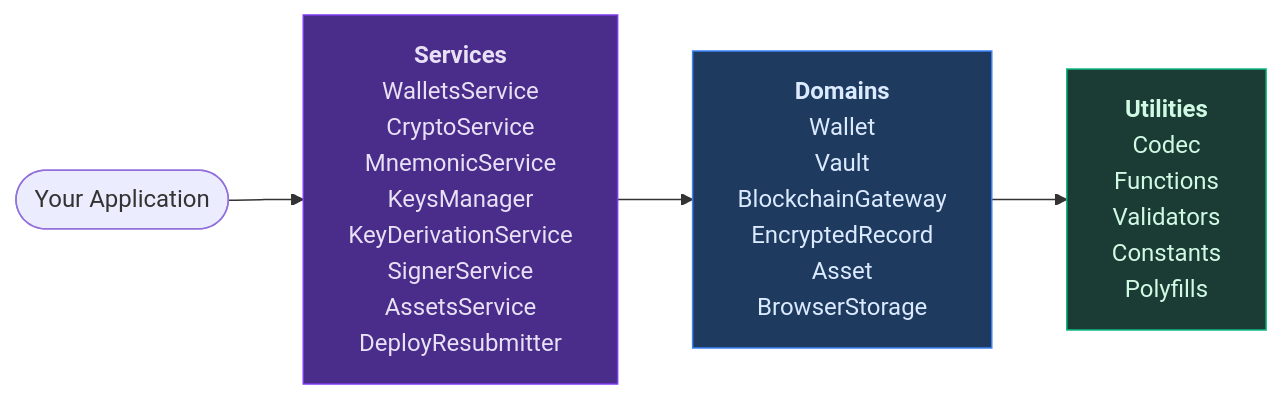
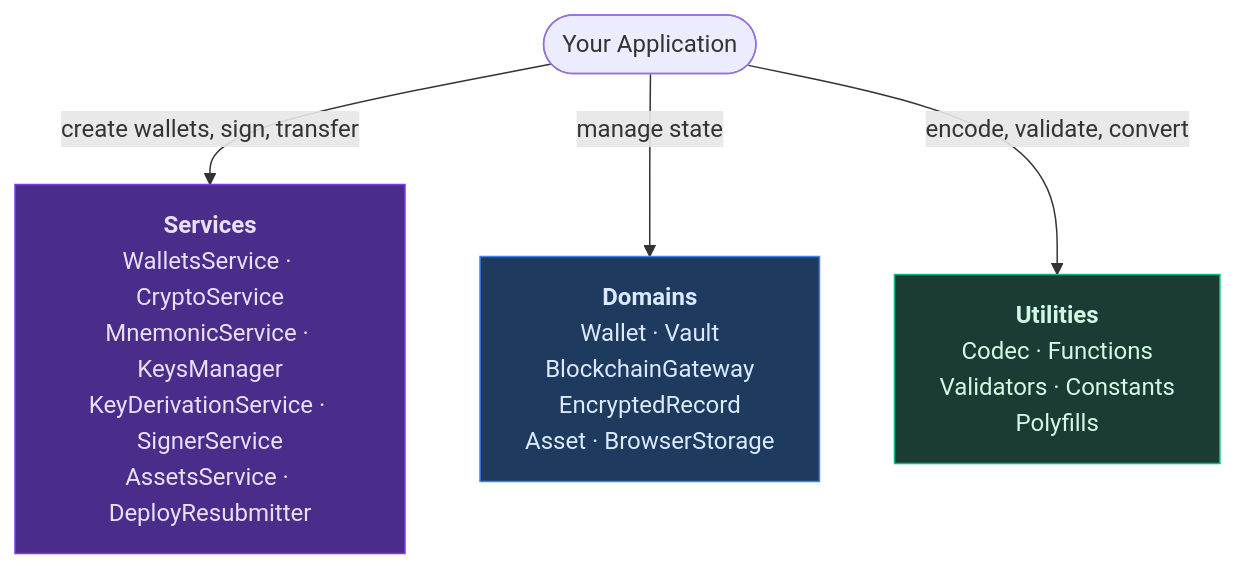
The sixth of 6 diagrams in wallet-sdk/overview/index.md (asi-alliance/asi-chain-docs-portal), drawn with Mermaid before and after one commit. The commit also changed other lines of this file, not shown here.

Commit message:
[AS-571] Add 6 tree-style mermaid diagram variations

````diff
--- a/wallet-sdk/overview/index.md
+++ b/wallet-sdk/overview/index.md
@@ -153,13 +167,12 @@
 ```mermaid
-flowchart LR
+flowchart TB
     A(["Your Application"])
-    S["<b>Services</b><br/>WalletsService<br/>CryptoService<br/>MnemonicService<br/>KeysManager<br/>KeyDerivationService<br/>SignerService<br/>AssetsService<br/>DeployResubmitter"]
-    D["<b>Domains</b><br/>Wallet<br/>Vault<br/>BlockchainGateway<br/>EncryptedRecord<br/>Asset<br/>BrowserStorage"]
-    U["<b>Utilities</b><br/>Codec<br/>Functions<br/>Validators<br/>Constants<br/>Polyfills"]
 
-    A --> S --> D --> U
+    A -->|"create wallets, sign, transfer"| S["<b>Services</b><br/>WalletsService · CryptoService<br/>MnemonicService · KeysManager<br/>KeyDerivationService · SignerService<br/>AssetsService · DeployResubmitter"]
+    A -->|"manage state"| D["<b>Domains</b><br/>Wallet · Vault<br/>BlockchainGateway<br/>EncryptedRecord<br/>Asset · BrowserStorage"]
+    A -->|"encode, validate, convert"| U["<b>Utilities</b><br/>Codec · Functions<br/>Validators · Constants<br/>Polyfills"]
 
     style S fill:#4a2c8a,stroke:#7c3aed,color:#e8e0f5
     style D fill:#1e3a5f,stroke:#3b82f6,color:#dbeafe
     style U fill:#1a3c34,stroke:#10b981,color:#d1fae5
 ```
````
